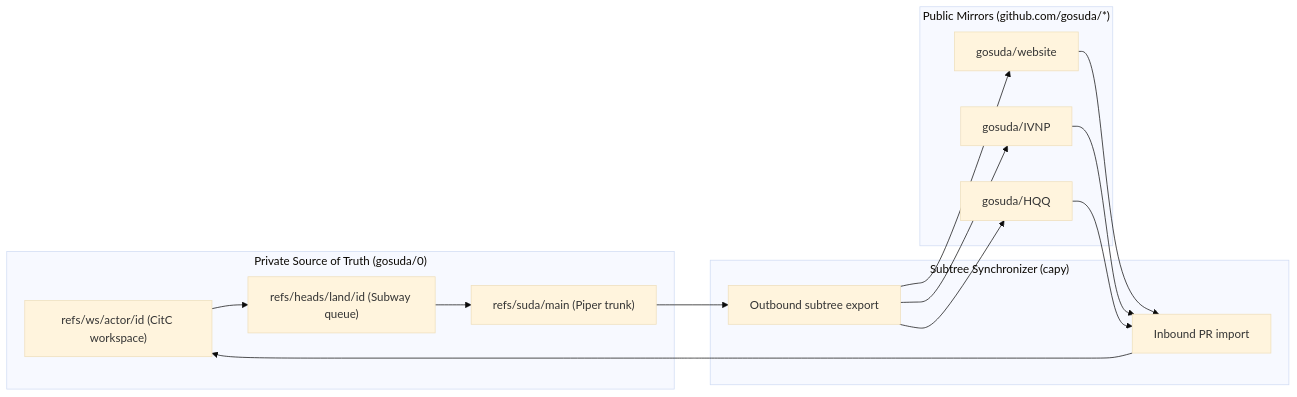
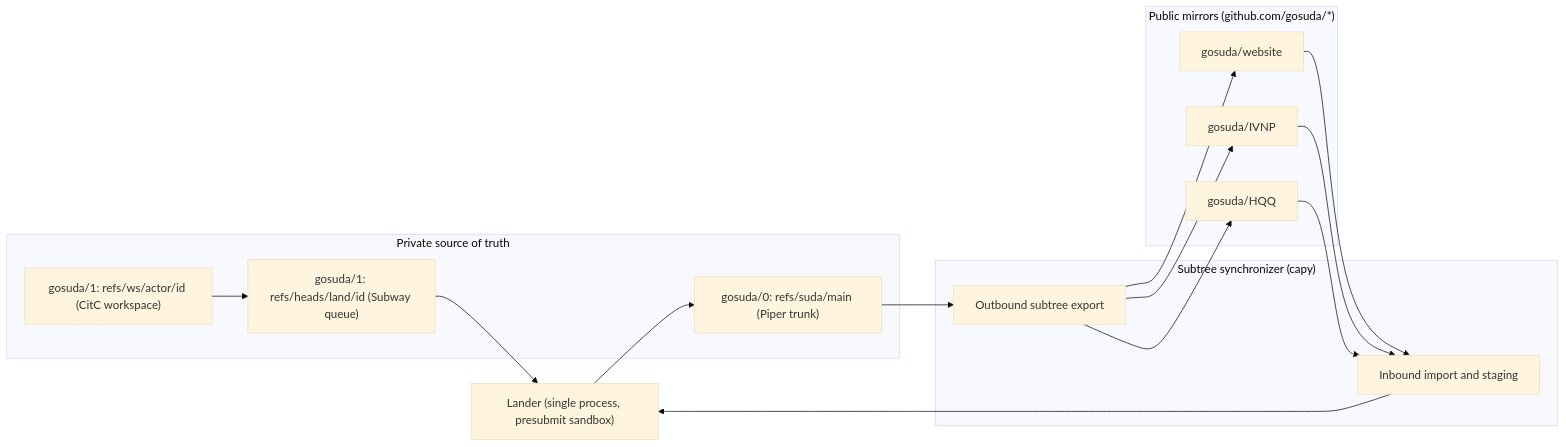
The diagram in docs/google3-and-copybara.md (gosuda/1), drawn with Mermaid (base theme) before and after one commit. The commit also changed other lines of this file and 24 other files, not shown here.

First line of the commit message:
chore(control-plane): sync refs/heads/main@a4bc5a6 into refs/suda/main

````diff
--- a/docs/google3-and-copybara.md
+++ b/docs/google3-and-copybara.md
@@ -20,20 +20,22 @@
 ```mermaid
 flowchart LR
-  subgraph Internal["Private Source of Truth (gosuda/0)"]
-    WS["refs/ws/actor/id (CitC workspace)"]
-    LQ["refs/heads/land/id (Subway queue)"]
-    MAIN["refs/suda/main (Piper trunk)"]
-    WS --> LQ --> MAIN
+  subgraph Internal["Private source of truth"]
+    WS["gosuda/1: refs/ws/actor/id (CitC workspace)"]
+    LQ["gosuda/1: refs/heads/land/id (Subway queue)"]
+    MAIN["gosuda/0: refs/suda/main (Piper trunk)"]
+    WS --> LQ
   end
-  subgraph Capy["Subtree Synchronizer (capy)"]
+  LN["Lander (single process, presubmit sandbox)"]
+  subgraph Capy["Subtree synchronizer (capy)"]
     EX["Outbound subtree export"]
-    IM["Inbound PR import"]
+    IM["Inbound import and staging"]
   end
-  subgraph Public["Public Mirrors (github.com/gosuda/*)"]
+  subgraph Public["Public mirrors (github.com/gosuda/*)"]
     P1["gosuda/website"]
     P2["gosuda/IVNP"]
     P3["gosuda/HQQ"]
   end
+  LQ --> LN --> MAIN
   MAIN --> EX --> P1 & P2 & P3
-  P1 & P2 & P3 --> IM --> WS
+  P1 & P2 & P3 --> IM --> LN
 ```
````
